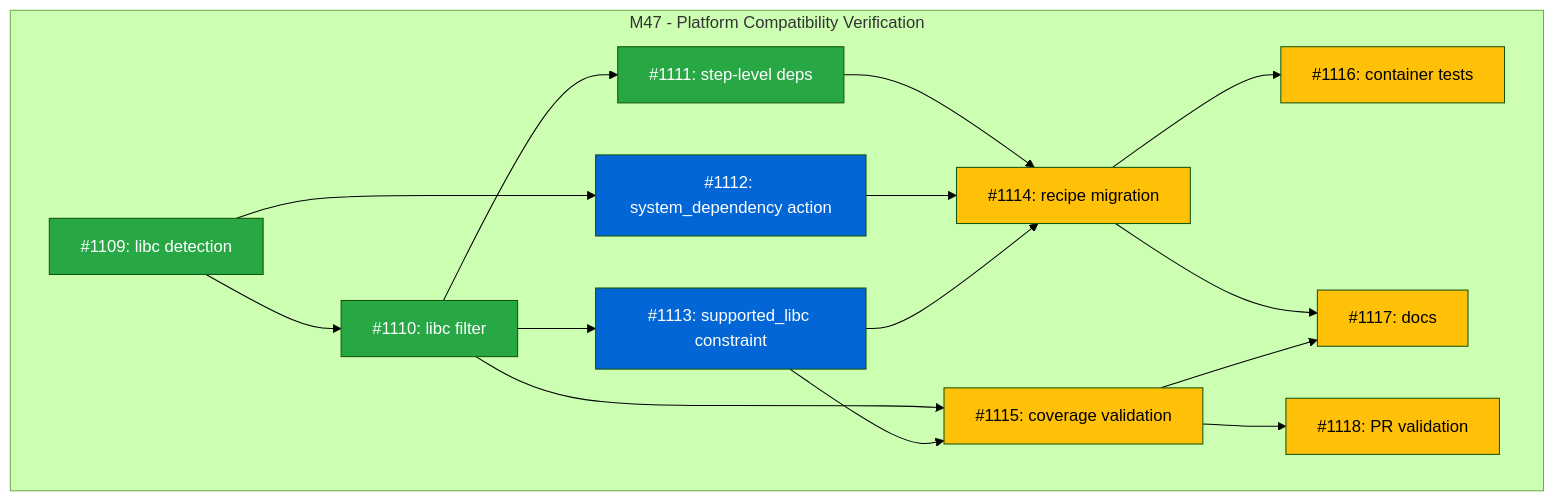
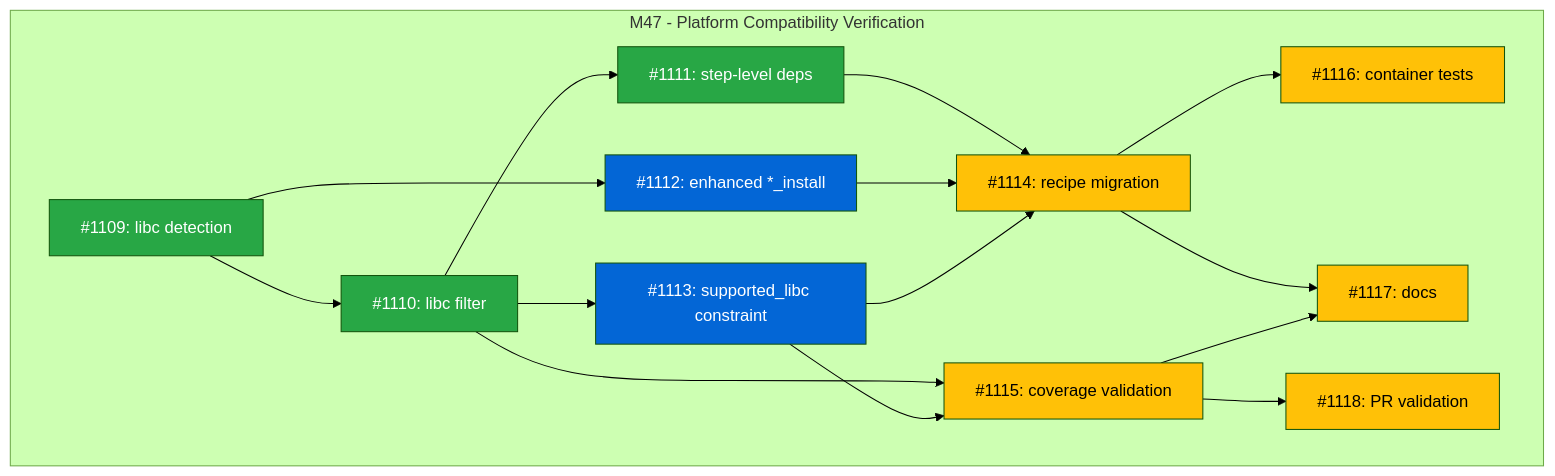
One commit to tsukumogami/tsuku changed the diagram in docs/designs/DESIGN-platform-compatibility-verification.md. Above: the diagram before and after it, drawn with Mermaid (forest theme). The commit also changed other lines of this file, not shown here.

First line of the commit message:
docs(design): pivot from system_dependency to enhanced *_install actions

````diff
--- a/docs/designs/DESIGN-platform-compatibility-verification.md
+++ b/docs/designs/DESIGN-platform-compatibility-verification.md
@@ -29,34 +29,34 @@
 ```mermaid
 graph TD
     subgraph "M47 - Platform Compatibility Verification"
         I1109["#1109: libc detection"]:::done
         I1110["#1110: libc filter"]:::done
         I1111["#1111: step-level deps"]:::done
-        I1112["#1112: system_dependency action"]:::ready
+        I1112["#1112: enhanced *_install"]:::ready
         I1113["#1113: supported_libc constraint"]:::ready
         I1114["#1114: recipe migration"]:::blocked
         I1115["#1115: coverage validation"]:::blocked
         I1116["#1116: container tests"]:::blocked
         I1117["#1117: docs"]:::blocked
         I1118["#1118: PR validation"]:::blocked
 
         I1109 --> I1110
         I1109 --> I1112
         I1110 --> I1111
         I1110 --> I1113
         I1110 --> I1115
         I1111 --> I1114
         I1112 --> I1114
         I1113 --> I1114
         I1113 --> I1115
         I1114 --> I1116
         I1114 --> I1117
         I1115 --> I1117
         I1115 --> I1118
     end
 
     classDef done fill:#28a745,color:#fff
     classDef ready fill:#0366d6,color:#fff
     classDef blocked fill:#ffc107,color:#000
     classDef needsDesign fill:#6f42c1,color:#fff
 ```
````
